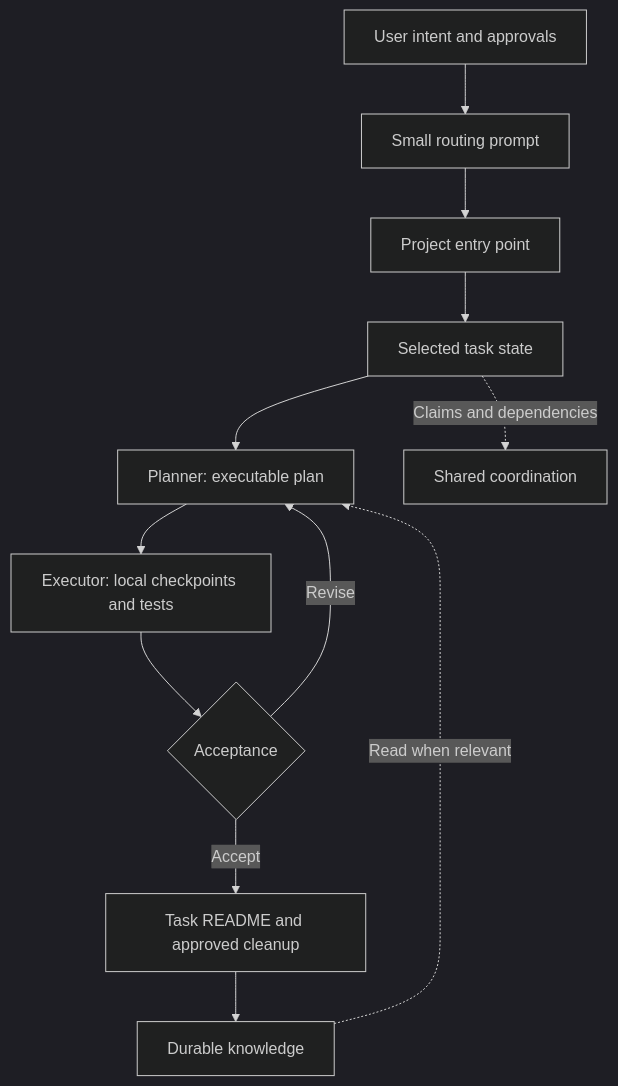
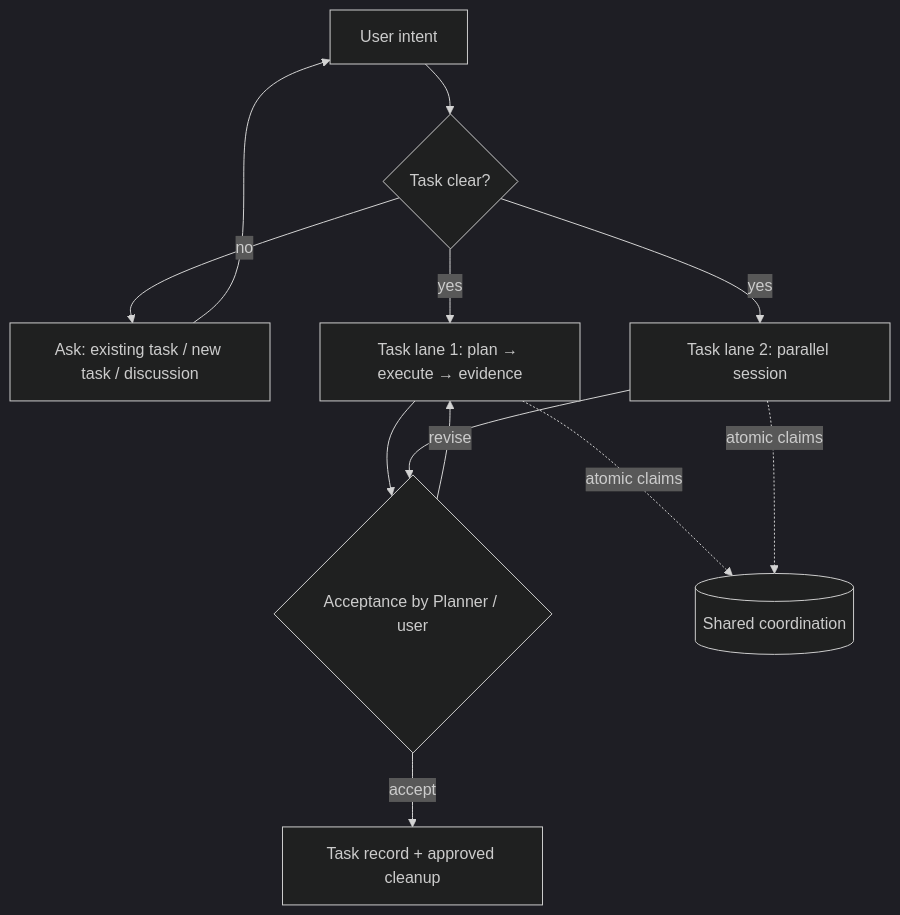
The diagram in README.md (YouHengfei/blueberry), drawn with Mermaid (dark theme) before and after one commit. The commit also changed other lines of this file and 8 other files, not shown here.

````diff
--- a/README.md
+++ b/README.md
@@ -29,14 +29,14 @@
 ```mermaid
 flowchart TD
-    U[User intent and approvals] --> R[Small routing prompt]
-    R --> I[Project entry point]
-    I --> T[Selected task state]
-    T --> P[Planner: executable plan]
-    P --> E[Executor: local checkpoints and tests]
-    E --> A{Acceptance}
-    A -->|Revise| P
-    A -->|Accept| C[Task README and approved cleanup]
-    T -. Claims and dependencies .-> S[Shared coordination]
-    C --> K[Durable knowledge]
-    K -. Read when relevant .-> P
+    U[User intent] --> Q{Task clear?}
+    Q -- no --> A[Ask: existing task / new task / discussion]
+    A --> U
+    Q -- yes --> T1[Task lane 1: plan → execute → evidence]
+    Q -- yes --> T2[Task lane 2: parallel session]
+    T1 --> G{Acceptance by Planner / user}
+    T2 --> G
+    G -- revise --> T1
+    G -- accept --> R[Task record + approved cleanup]
+    T1 -. atomic claims .-> S[(Shared coordination)]
+    T2 -. atomic claims .-> S
 ```
````
